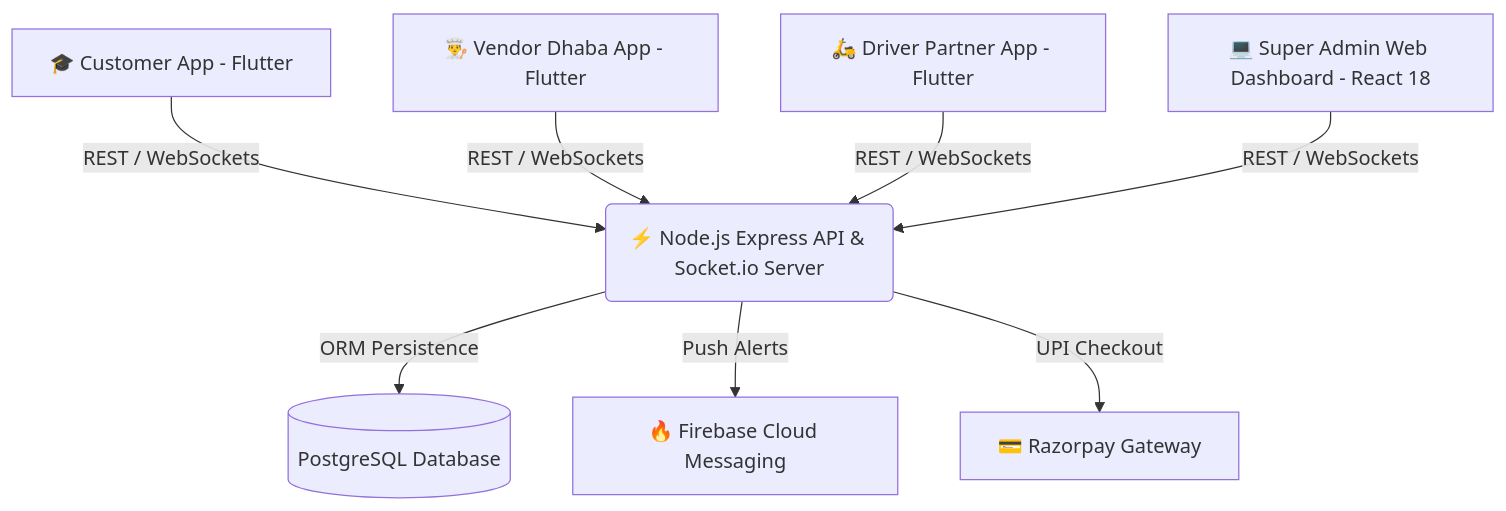
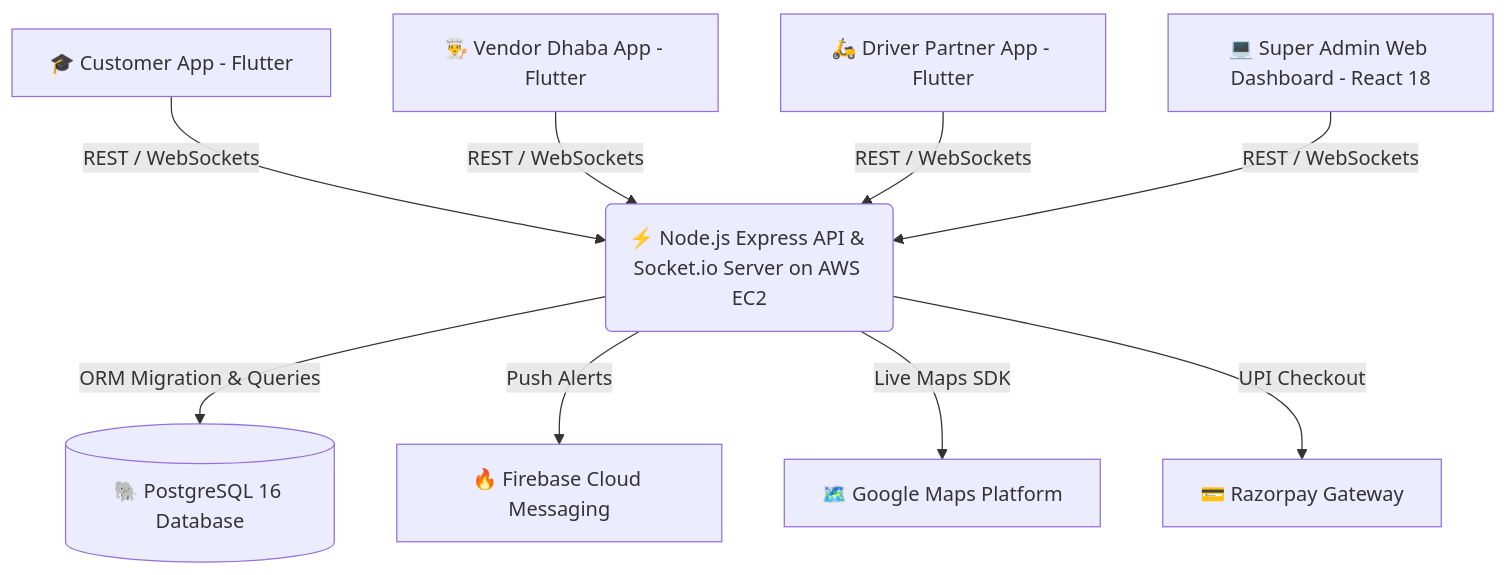
Before and after one commit to Tribal-Chief-001/Kraveo: the diagram in README.md, drawn with Mermaid. The commit also changed other lines of this file and 6 other files, not shown here.

````diff
--- a/README.md
+++ b/README.md
@@ -34,11 +35,12 @@
 ```mermaid
 graph TD
-    A[🎓 Customer App - Flutter] -->|REST / WebSockets| D(⚡ Node.js Express API & Socket.io Server)
+    A[🎓 Customer App - Flutter] -->|REST / WebSockets| D(⚡ Node.js Express API & Socket.io Server on AWS EC2)
     B[👨‍🍳 Vendor Dhaba App - Flutter] -->|REST / WebSockets| D
     C[🛵 Driver Partner App - Flutter] -->|REST / WebSockets| D
     E[💻 Super Admin Web Dashboard - React 18] -->|REST / WebSockets| D
     
-    D -->|ORM Persistence| F[(PostgreSQL Database)]
+    D -->|ORM Migration & Queries| F[(🐘 PostgreSQL 16 Database)]
     D -->|Push Alerts| G[🔥 Firebase Cloud Messaging]
-    D -->|UPI Checkout| H[💳 Razorpay Gateway]
+    D -->|Live Maps SDK| H[🗺️ Google Maps Platform]
+    D -->|UPI Checkout| I[💳 Razorpay Gateway]
 ```
````
